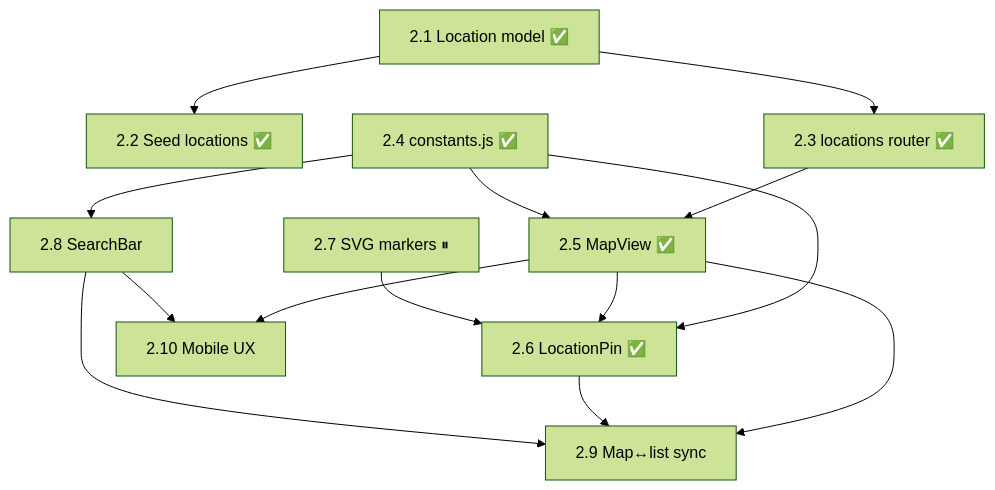
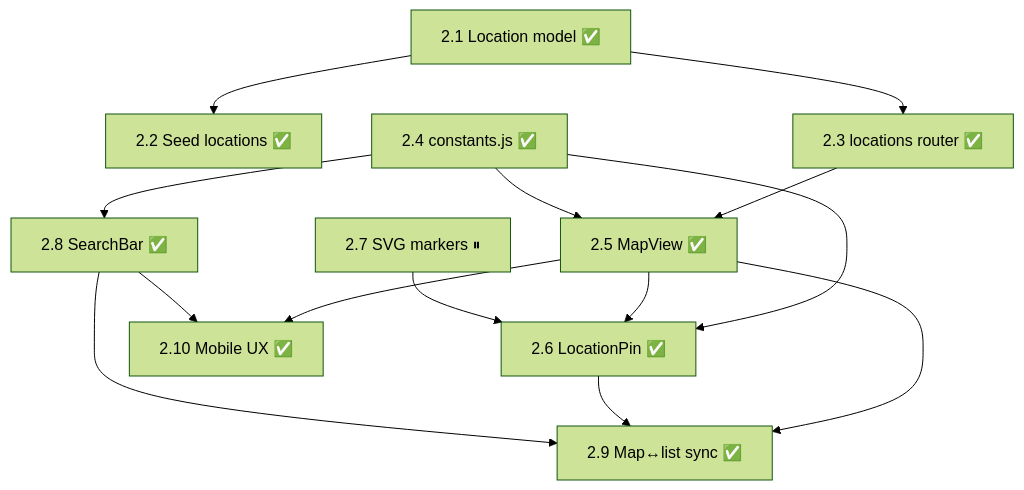
One commit to matthewpaolosbilo/claude-impact-lab-melbourne-team-5 changed the diagram in docs/dev2-dependencies.md. Above: the diagram before and after it, drawn with Mermaid (forest theme). The commit also changed other lines of this file and 7 other files, not shown here.

````diff
--- a/docs/dev2-dependencies.md
+++ b/docs/dev2-dependencies.md
@@ -32,16 +32,16 @@
 ```mermaid
 graph TD
     2.1[2.1 Location model ✅] --> 2.2[2.2 Seed locations ✅]
     2.1 --> 2.3[2.3 locations router ✅]
     2.3 --> 2.5[2.5 MapView ✅]
     2.4[2.4 constants.js ✅] --> 2.5
     2.4 --> 2.6[2.6 LocationPin ✅]
-    2.4 --> 2.8[2.8 SearchBar]
+    2.4 --> 2.8[2.8 SearchBar ✅]
     2.5 --> 2.6
     2.7[2.7 SVG markers ⏸] --> 2.6
-    2.5 --> 2.9[2.9 Map↔list sync]
+    2.5 --> 2.9[2.9 Map↔list sync ✅]
     2.6 --> 2.9
     2.8 --> 2.9
-    2.5 --> 2.10[2.10 Mobile UX]
+    2.5 --> 2.10[2.10 Mobile UX ✅]
     2.8 --> 2.10
 ```
````
